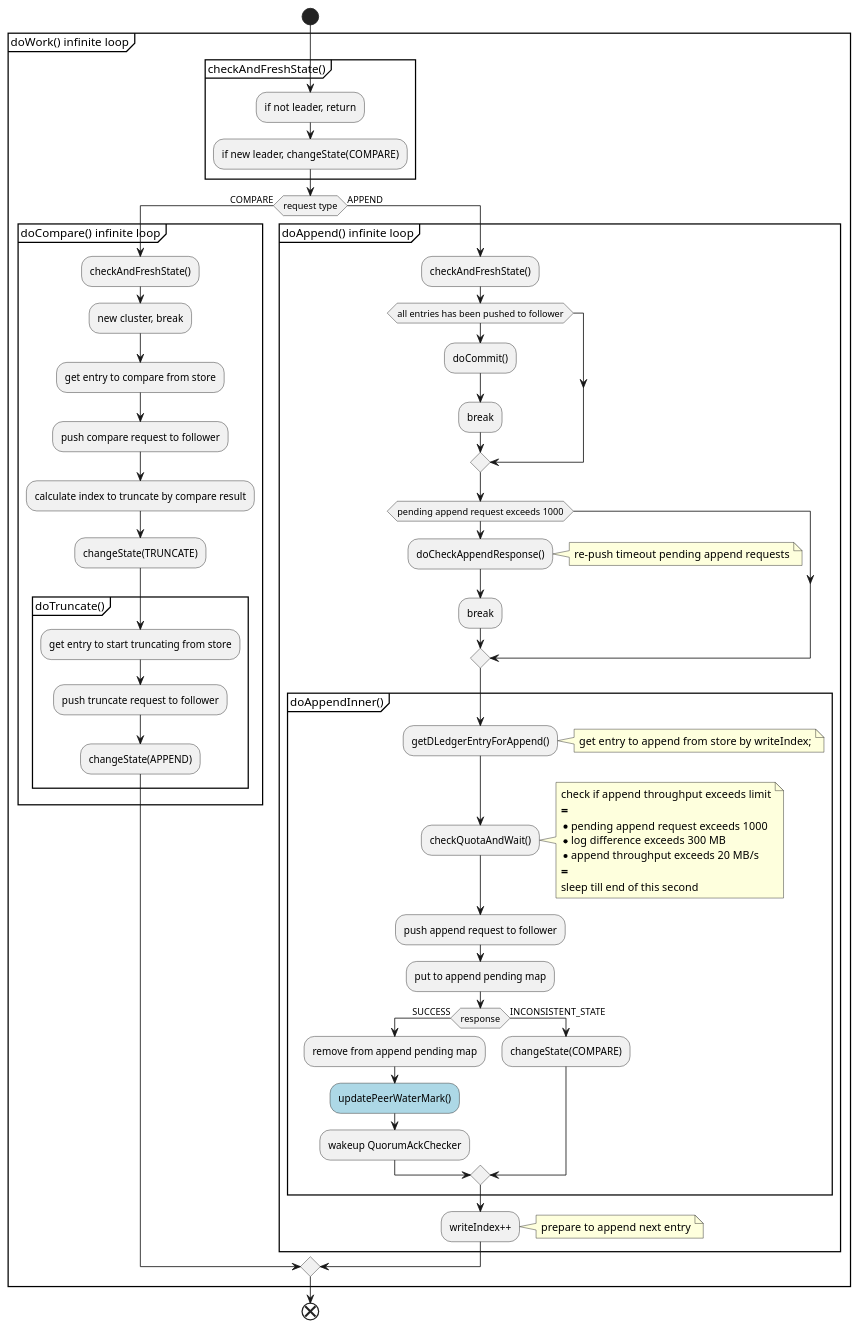
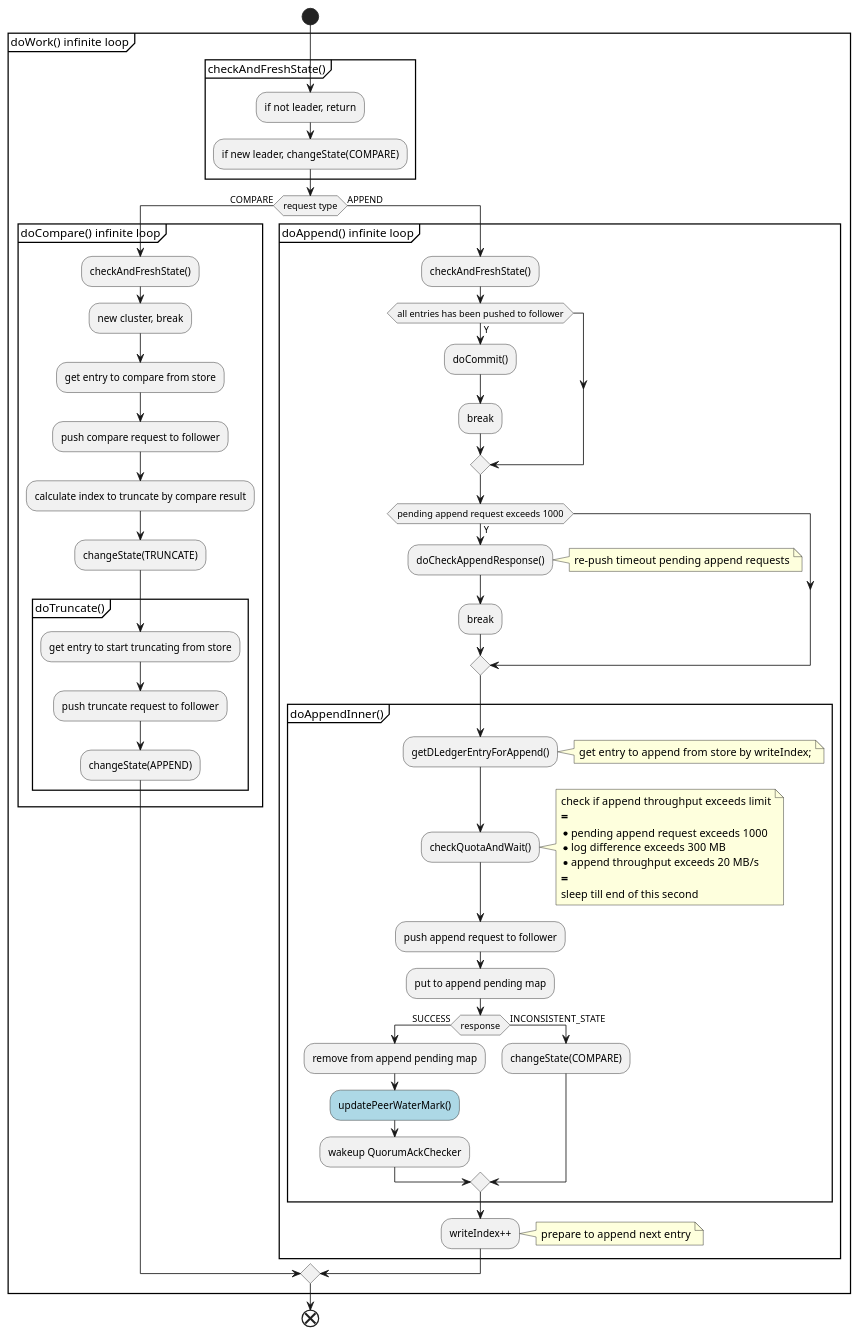
The diagram in rocketmq/99991231-rocketmq-dledger-log-replication.assets/dledger-leader-entry-push.puml (HScarb/knowledge), drawn with PlantUML before and after one commit. The commit also changed 3 other files, not shown here.

```diff
--- a/rocketmq/99991231-rocketmq-dledger-log-replication.assets/dledger-leader-entry-push.puml
+++ b/rocketmq/99991231-rocketmq-dledger-log-replication.assets/dledger-leader-entry-push.puml
@@ -1,77 +1,77 @@
 @startuml
 |EntryDispatcher|
 start
 ' 主节点向从节点发送推送请求的类型，在PushEntryRequest.Type中定义，
 ' 可选值如下:
 '
 ' 1. COMPARE：如果Leader节点发生变化，新的Leader节点需要与
 '    它的从节点日志条目进行比较，以便截断从节点多余的数据。
 ' 2. TRUNCATE：如果Leader节点通过索引完成日志对比后，发现从
 '    节点存在多余的数据（未提交的数据），则Leader节点将发送
 '    TRUNCATE给它的从节点，删除多余的数据，实现主从节点数据一
 '    致性。
 ' 3. APPEND：将日志条目追加到从节点。
 ' 4. COMMIT：通常Leader节点会将提交的索引附加到append请求，如果
 '    append请求很少且分散，Leader节点将发送一个单独的请求来
 '    通知从节点提交索引。
 partition "doWork() infinite loop" {
     partition checkAndFreshState() {
         :if not leader, return;
         :if new leader, changeState(COMPARE);
     }
     if (request type) then (COMPARE)
         partition "doCompare() infinite loop" {
             :checkAndFreshState();
             :new cluster, break;
             :get entry to compare from store;
             :push compare request to follower;
             :calculate index to truncate by compare result;
             :changeState(TRUNCATE);
             partition doTruncate() {
                 :get entry to start truncating from store;
                 :push truncate request to follower;
                 :changeState(APPEND);
             }
         }
     else (APPEND)
         partition "doAppend() infinite loop" {
             :checkAndFreshState();
-            if (all entries has been pushed to follower) then
+            if (all entries has been pushed to follower) then (Y)
                 :doCommit();
                 :break;
             endif
-            if (pending append request exceeds 1000) then
+            if (pending append request exceeds 1000) then (Y)
                 :doCheckAppendResponse();
                 note right: re-push timeout pending append requests
                 :break;
             endif
             partition doAppendInner() {
                 :getDLedgerEntryForAppend();
                 note right: get entry to append from store by writeIndex;
                 :checkQuotaAndWait();
                 note right
                 check if append throughput exceeds limit
                 ===
                 * pending append request exceeds 1000
                 * log difference exceeds 300 MB
                 * append throughput exceeds 20 MB/s
                 ===
                 sleep till end of this second
                 endnote
                 :push append request to follower;
                 :put to append pending map;
                 if (response) then (SUCCESS)
                     :remove from append pending map;
                     #LightBlue:updatePeerWaterMark();
                     :wakeup QuorumAckChecker;
                 else (INCONSISTENT_STATE)
                     :changeState(COMPARE);
                 endif
             }
             :writeIndex++;
             note right: prepare to append next entry
         }
     endif
 }
 end
 @enduml
```
